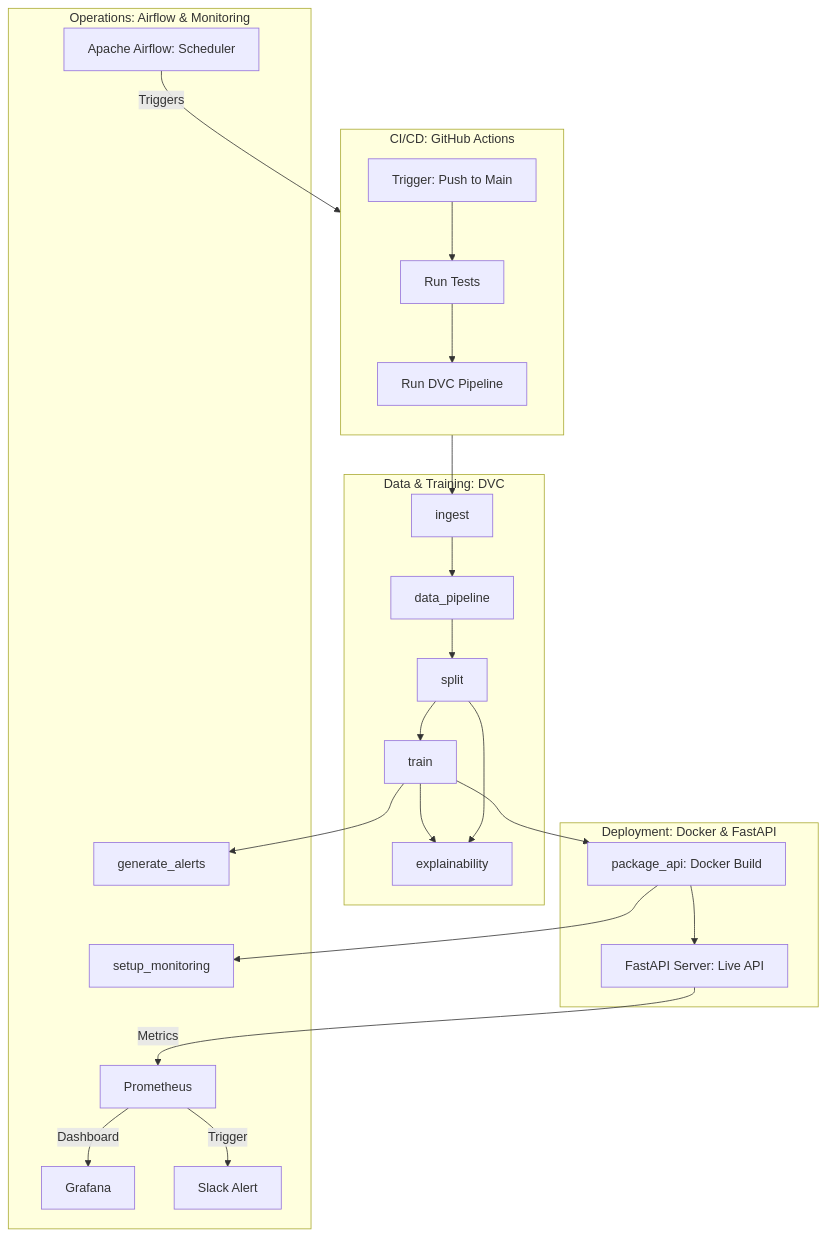
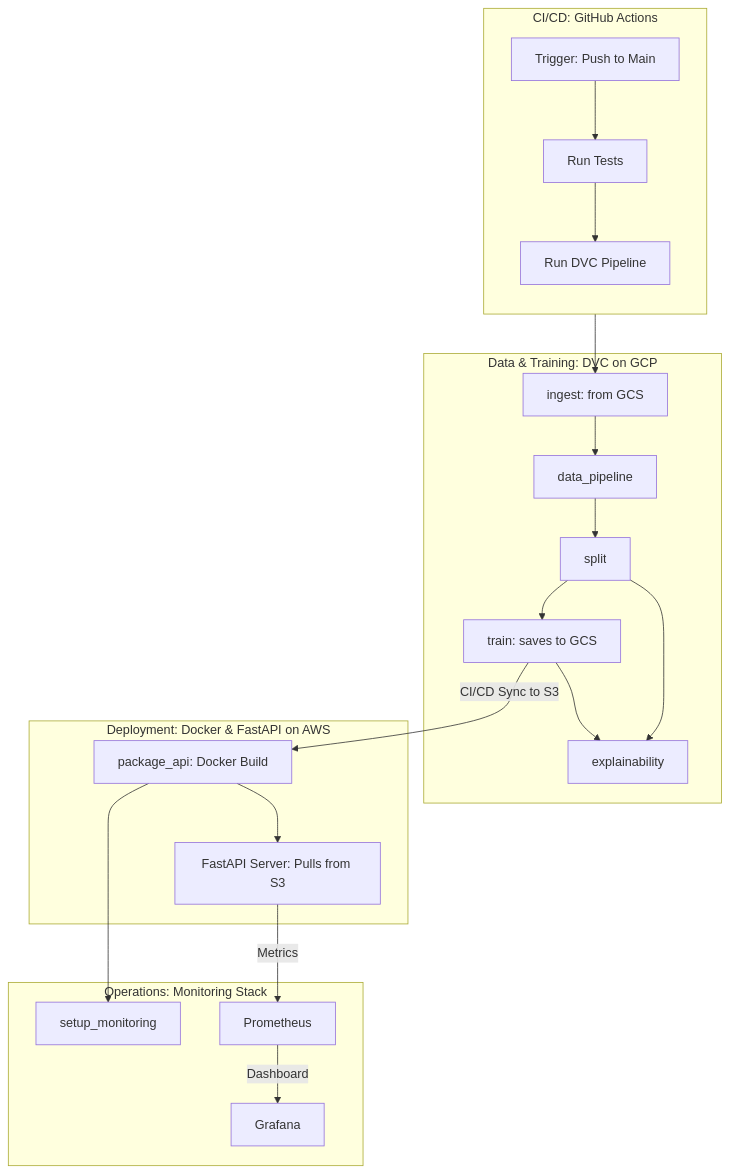
The diagram in README.md (ark-987/adr-nlp-mlops), drawn with Mermaid before and after one commit. The commit also changed other lines of this file and 14 other files, not shown here.

Commit message:
chore: split docker architecture, optimize requirements, and align aws s3 utils

````diff
--- a/README.md
+++ b/README.md
@@ -4,37 +4,34 @@
 ```mermaid
 flowchart TD
     %% Define External Infrastructure
     subgraph GitHub_Actions [CI/CD: GitHub Actions]
         direction TB
         G1[Trigger: Push to Main] --> G2[Run Tests]
         G2 --> G3[Run DVC Pipeline]
     end
 
-    %% DVC Data & Training Pipeline
-    subgraph DVC_Pipeline [Data & Training: DVC]
-        node4[ingest] --> node1[data_pipeline]
+    %% DVC Data & Training Pipeline (GCP Cloud Core)
+    subgraph DVC_Pipeline [Data & Training: DVC on GCP]
+        node4[ingest: from GCS] --> node1[data_pipeline]
         node1 --> node7[split]
-        node7 --> node8[train]
+        node7 --> node8[train: saves to GCS]
         node8 --> node2[explainability]
         node7 --> node2
     end
 
-    %% Deployment Infrastructure
-    subgraph Deployment [Deployment: Docker & FastAPI]
-        node8 --> node5[package_api: Docker Build]
-        node5 --> F1[FastAPI Server: Live API]
+    %% Deployment Infrastructure (AWS Production Core)
+    subgraph Deployment [Deployment: Docker & FastAPI on AWS]
+        node8 -->|CI/CD Sync to S3| node5[package_api: Docker Build]
+        node5 --> F1[FastAPI Server: Pulls from S3]
     end
 
     %% Orchestration & Monitoring
-    subgraph Operations [Operations: Airflow & Monitoring]
-        A1[Apache Airflow: Scheduler] -- Triggers --> G3
-        node8 --> node3[generate_alerts]
+    subgraph Operations [Operations: Monitoring Stack]
         node5 --> node6[setup_monitoring]
         F1 -- Metrics --> M1[Prometheus]
         M1 -- Dashboard --> M2[Grafana]
-        M1 -- Trigger --> S1[Slack Alert]
     end
 
     %% Connect CI/CD to Pipeline
     G3 --> node4
 ```
````
